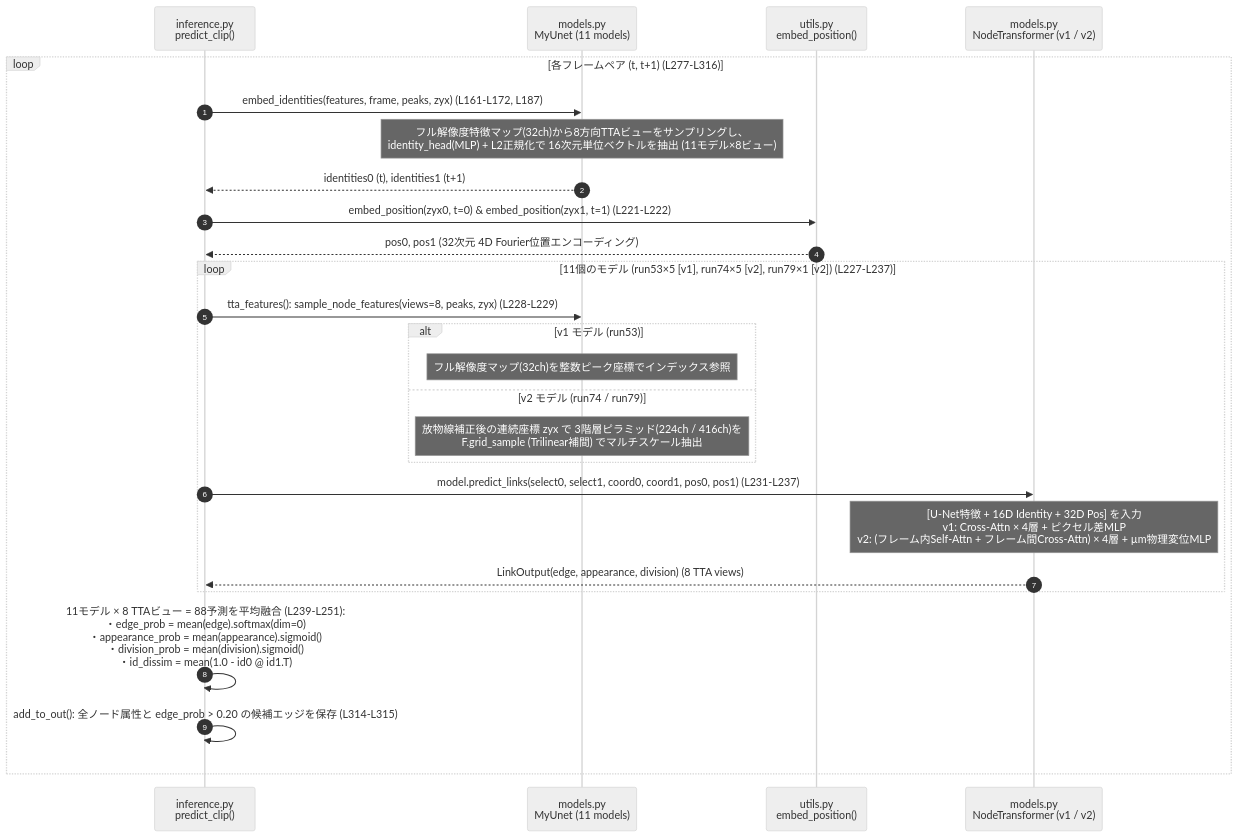
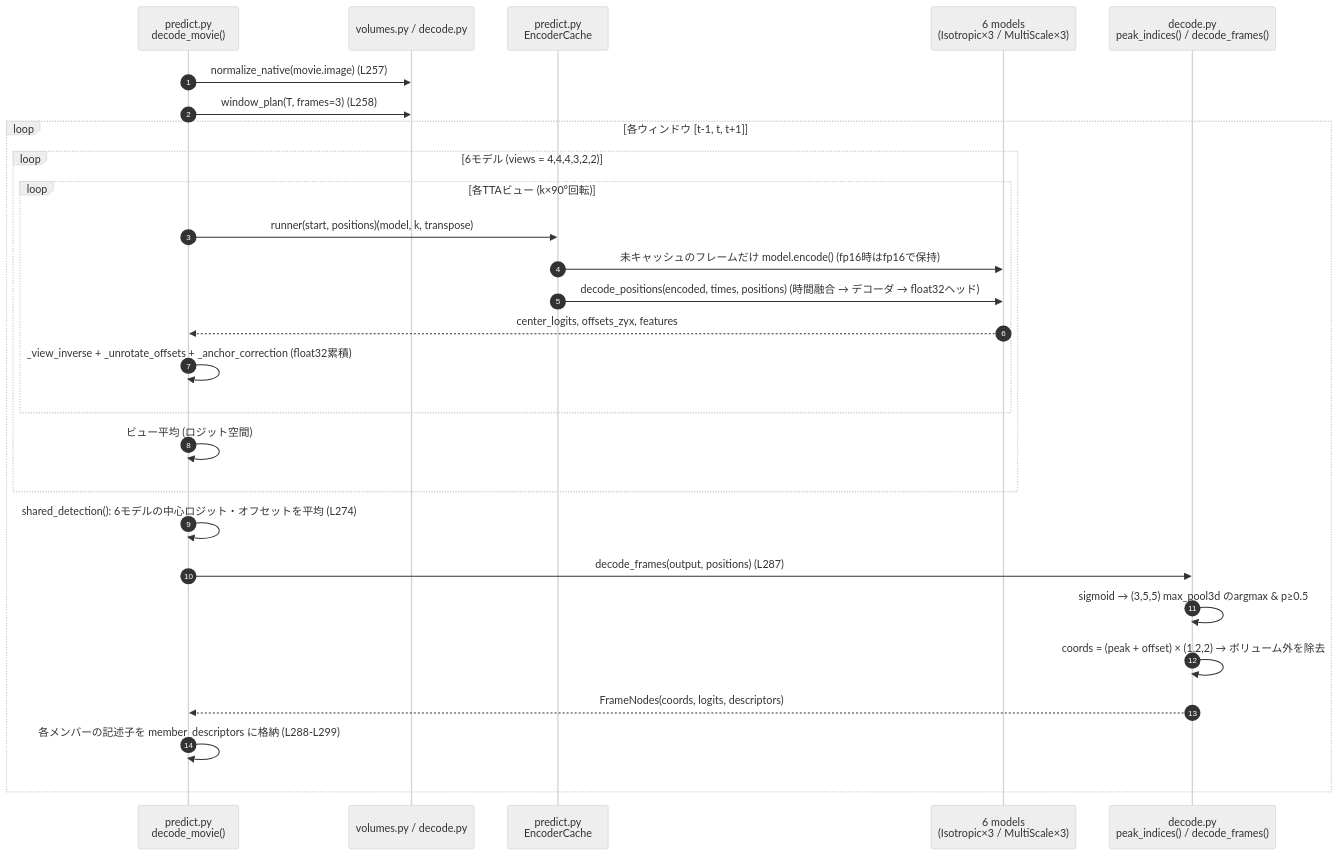
One commit to kito2718/kgle_001_BCT_Episode changed the fourth of 9 diagrams in episode/Summary&Conclusion/6th-place-summary.md. Above: the diagram before and after it, drawn with Mermaid (neutral theme). The commit also changed other lines of this file, not shown here.

````diff
--- a/episode/Summary&Conclusion/6th-place-summary.md
+++ b/episode/Summary&Conclusion/6th-place-summary.md
@@ -393,32 +411,30 @@
 ```mermaid
 sequenceDiagram
     autonumber
-    participant Clip as inference.py<br/>predict_clip()
-    participant UNet as models.py<br/>MyUnet (11 models)
-    participant Pos as utils.py<br/>embed_position()
-    participant Trans as models.py<br/>NodeTransformer (v1 / v2)
+    participant Pred as predict.py<br/>decode_movie()
+    participant Vol as volumes.py / decode.py
+    participant Cache as predict.py<br/>EncoderCache
+    participant Net as 6 models<br/>(Isotropic×3 / MultiScale×3)
+    participant Dec as decode.py<br/>peak_indices() / decode_frames()
 
-    loop 各フレームペア (t, t+1) (L277-L316)
-        Clip->>UNet: embed_identities(features, frame, peaks, zyx) (L161-L172, L187)
-        Note over UNet: フル解像度特徴マップ(32ch)から8方向TTAビューをサンプリングし、<br/>identity_head(MLP) + L2正規化で 16次元単位ベクトルを抽出 (11モデル×8ビュー)
-        UNet-->>Clip: identities0 (t), identities1 (t+1)
-
-        Clip->>Pos: embed_position(zyx0, t=0) & embed_position(zyx1, t=1) (L221-L222)
-        Pos-->>Clip: pos0, pos1 (32次元 4D Fourier位置エンコーディング)
-
-        loop 11個のモデル (run53×5 [v1], run74×5 [v2], run79×1 [v2]) (L227-L237)
-            Clip->>UNet: tta_features(): sample_node_features(views=8, peaks, zyx) (L228-L229)
-            alt v1 モデル (run53)
-                Note over UNet: フル解像度マップ(32ch)を整数ピーク座標でインデックス参照
-            else v2 モデル (run74 / run79)
-                Note over UNet: 放物線補正後の連続座標 zyx で 3階層ピラミッド(224ch / 416ch)を<br/>F.grid_sample (Trilinear補間) でマルチスケール抽出
+    Pred->>Vol: normalize_native(movie.image) (L257)
+    Pred->>Vol: window_plan(T, frames=3) (L258)
+    loop 各ウィンドウ [t-1, t, t+1]
+        loop 6モデル (views = 4,4,4,3,2,2)
+            loop 各TTAビュー (k×90°回転)
+                Pred->>Cache: runner(start, positions)(model, k, transpose)
+                Cache->>Net: 未キャッシュのフレームだけ model.encode() (fp16時はfp16で保持)
+                Cache->>Net: decode_positions(encoded, times, positions) (時間融合 → デコーダ → float32ヘッド)
+                Net-->>Pred: center_logits, offsets_zyx, features
+                Pred->>Pred: _view_inverse + _unrotate_offsets + _anchor_correction (float32累積)
             end
-            Clip->>Trans: model.predict_links(select0, select1, coord0, coord1, pos0, pos1) (L231-L237)
-            Note over Trans: [U-Net特徴 + 16D Identity + 32D Pos] を入力<br/>v1: Cross-Attn × 4層 + ピクセル差MLP<br/>v2: (フレーム内Self-Attn + フレーム間Cross-Attn) × 4層 + µm物理変位MLP
-            Trans-->>Clip: LinkOutput(edge, appearance, division) (8 TTA views)
+            Pred->>Pred: ビュー平均 (ロジット空間)
         end
-
-        Clip->>Clip: 11モデル × 8 TTAビュー = 88予測を平均融合 (L239-L251):<br/>・edge_prob = mean(edge).softmax(dim=0)<br/>・appearance_prob = mean(appearance).sigmoid()<br/>・division_prob = mean(division).sigmoid()<br/>・id_dissim = mean(1.0 - id0 @ id1.T)
-        Clip->>Clip: add_to_out(): 全ノード属性と edge_prob > 0.20 の候補エッジを保存 (L314-L315)
+        Pred->>Pred: shared_detection(): 6モデルの中心ロジット・オフセットを平均 (L274)
+        Pred->>Dec: decode_frames(output, positions) (L287)
+        Dec->>Dec: sigmoid → (3,5,5) max_pool3d のargmax & p≥0.5
+        Dec->>Dec: coords = (peak + offset) × (1,2,2) → ボリューム外を除去
+        Dec-->>Pred: FrameNodes(coords, logits, descriptors)
+        Pred->>Pred: 各メンバーの記述子を member_descriptors に格納 (L288-L299)
     end
 ```
````
